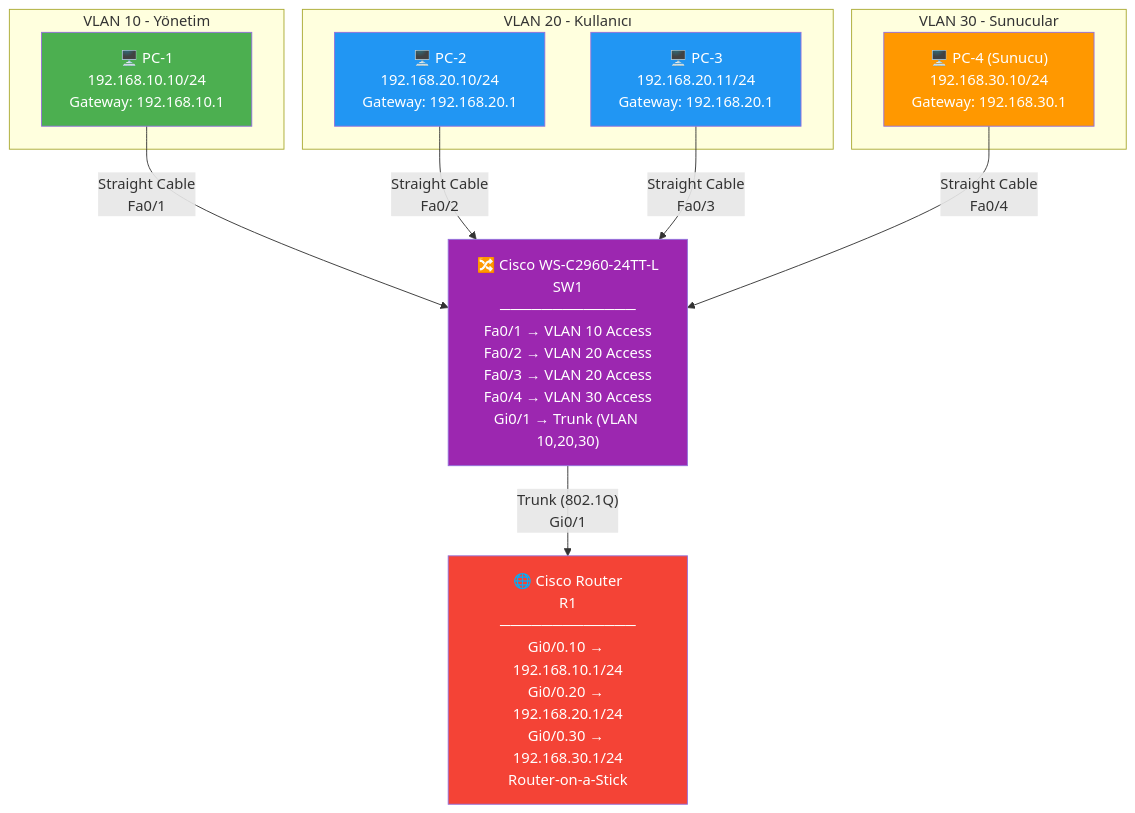
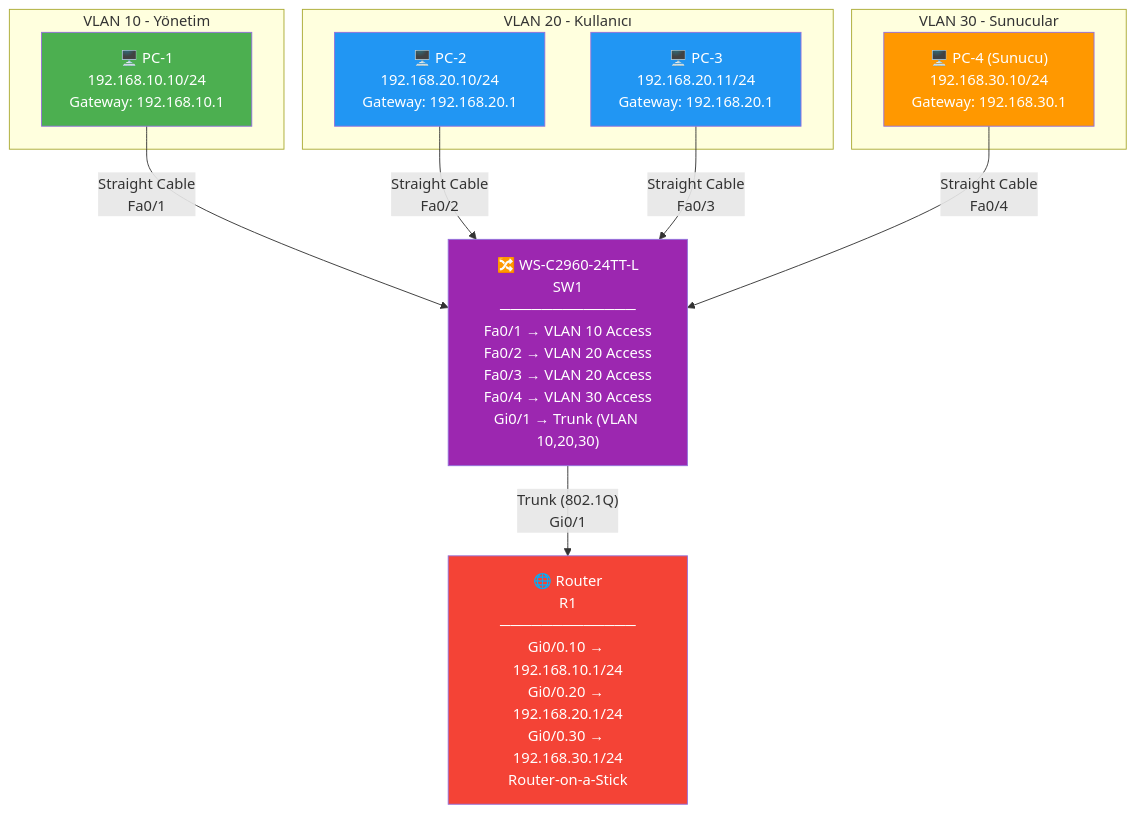
Before and after one commit to tbagriyanik/NetworkSimulator: the first of 6 diagrams in examples/network-topology-visuals.md, drawn with Mermaid. The commit also changed 15 other files, not shown here.

````diff
--- a/examples/network-topology-visuals.md
+++ b/examples/network-topology-visuals.md
@@ -5,32 +5,32 @@
 ```mermaid
 graph TB
     subgraph "VLAN 10 - Yönetim"
         PC1["🖥️ PC-1<br/>192.168.10.10/24<br/>Gateway: 192.168.10.1"]
     end
 
     subgraph "VLAN 20 - Kullanıcı"
         PC2["🖥️ PC-2<br/>192.168.20.10/24<br/>Gateway: 192.168.20.1"]
         PC3["🖥️ PC-3<br/>192.168.20.11/24<br/>Gateway: 192.168.20.1"]
     end
 
     subgraph "VLAN 30 - Sunucular"
         PC4["🖥️ PC-4 (Sunucu)<br/>192.168.30.10/24<br/>Gateway: 192.168.30.1"]
     end
 
-    SW1["🔀 Cisco WS-C2960-24TT-L<br/>SW1<br/>─────────────<br/>Fa0/1 → VLAN 10 Access<br/>Fa0/2 → VLAN 20 Access<br/>Fa0/3 → VLAN 20 Access<br/>Fa0/4 → VLAN 30 Access<br/>Gi0/1 → Trunk (VLAN 10,20,30)"]
+    SW1["🔀 WS-C2960-24TT-L<br/>SW1<br/>─────────────<br/>Fa0/1 → VLAN 10 Access<br/>Fa0/2 → VLAN 20 Access<br/>Fa0/3 → VLAN 20 Access<br/>Fa0/4 → VLAN 30 Access<br/>Gi0/1 → Trunk (VLAN 10,20,30)"]
 
-    R1["🌐 Cisco Router<br/>R1<br/>─────────────<br/>Gi0/0.10 → 192.168.10.1/24<br/>Gi0/0.20 → 192.168.20.1/24<br/>Gi0/0.30 → 192.168.30.1/24<br/>Router-on-a-Stick"]
+    R1["🌐 Router<br/>R1<br/>─────────────<br/>Gi0/0.10 → 192.168.10.1/24<br/>Gi0/0.20 → 192.168.20.1/24<br/>Gi0/0.30 → 192.168.30.1/24<br/>Router-on-a-Stick"]
 
     PC1 -->|"Straight Cable<br/>Fa0/1"| SW1
     PC2 -->|"Straight Cable<br/>Fa0/2"| SW1
     PC3 -->|"Straight Cable<br/>Fa0/3"| SW1
     PC4 -->|"Straight Cable<br/>Fa0/4"| SW1
     SW1 -->|"Trunk (802.1Q)<br/>Gi0/1"| R1
 
     style PC1 fill:#4CAF50,color:#fff
     style PC2 fill:#2196F3,color:#fff
     style PC3 fill:#2196F3,color:#fff
     style PC4 fill:#FF9800,color:#fff
     style SW1 fill:#9C27B0,color:#fff
     style R1 fill:#F44336,color:#fff
 ```
````
